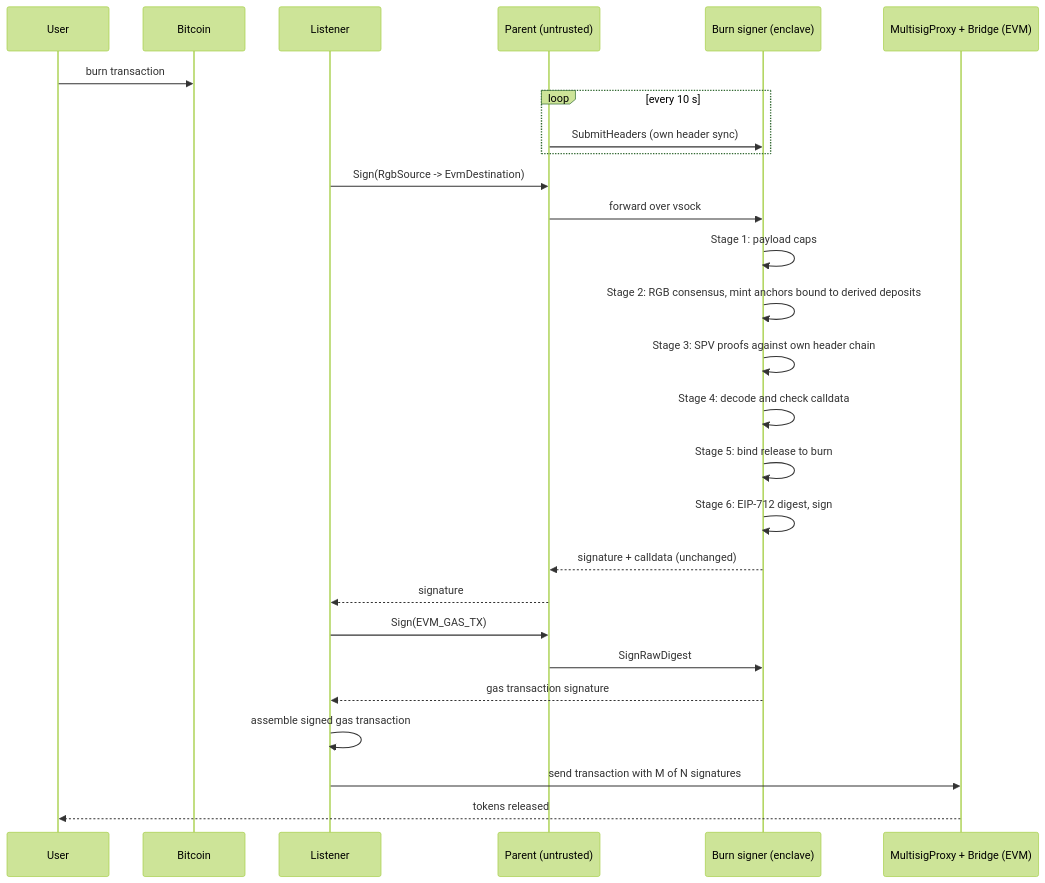
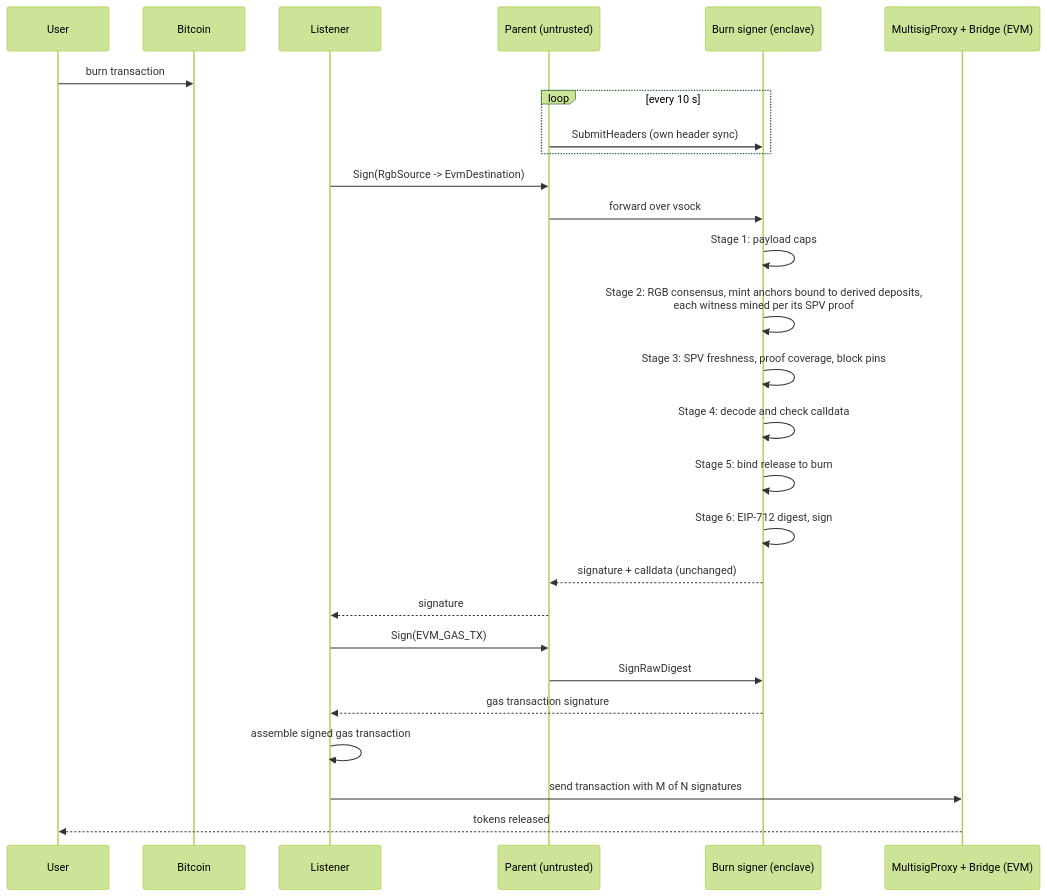
One commit to UTEXO-Protocol/enclave-signer changed the diagram in docs/burn-flow.md. Above: the diagram before and after it, drawn with Mermaid (forest theme). The commit also changed other lines of this file and 48 other files, not shown here.

````diff
--- a/docs/burn-flow.md
+++ b/docs/burn-flow.md
@@ -48,30 +53,30 @@
 ```mermaid
 sequenceDiagram
     participant U as User
     participant BT as Bitcoin
     participant L as Listener
     participant P as Parent (untrusted)
     participant E as Burn signer (enclave)
     participant C as MultisigProxy + Bridge (EVM)
 
     U->>BT: burn transaction
     loop every 10 s
         P->>E: SubmitHeaders (own header sync)
     end
     L->>P: Sign(RgbSource -> EvmDestination)
     P->>E: forward over vsock
     E->>E: Stage 1: payload caps
-    E->>E: Stage 2: RGB consensus, mint anchors bound to derived deposits
-    E->>E: Stage 3: SPV proofs against own header chain
+    E->>E: Stage 2: RGB consensus, mint anchors bound to derived deposits,<br/>each witness mined per its SPV proof
+    E->>E: Stage 3: SPV freshness, proof coverage, block pins
     E->>E: Stage 4: decode and check calldata
     E->>E: Stage 5: bind release to burn
     E->>E: Stage 6: EIP-712 digest, sign
     E-->>P: signature + calldata (unchanged)
     P-->>L: signature
     L->>P: Sign(EVM_GAS_TX)
     P->>E: SignRawDigest
     E-->>L: gas transaction signature
     L->>L: assemble signed gas transaction
     L->>C: send transaction with M of N signatures
     C-->>U: tokens released
 ```
````
